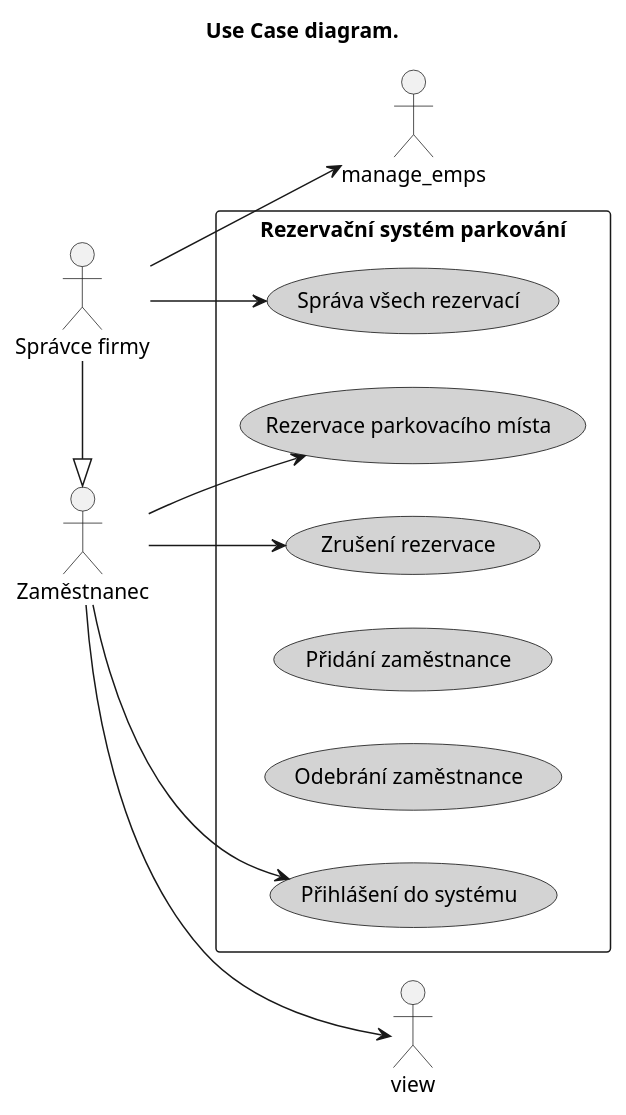
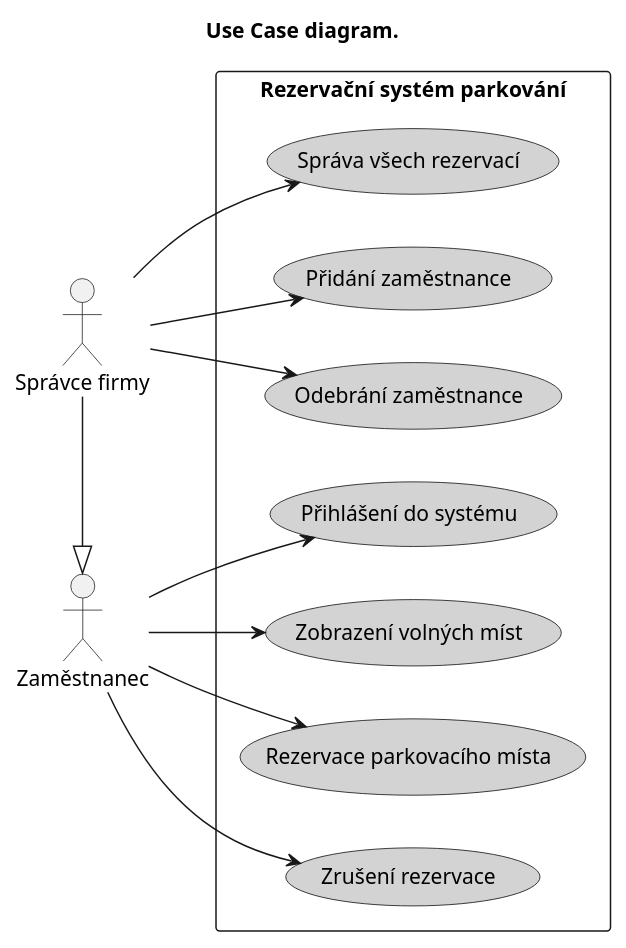
The diagram in docs/diagramy/use-case.puml (AidenCze/SWI-Project), drawn with PlantUML before and after one commit.

Commit message:
Update use case diagram for employee management

```diff
--- a/docs/diagramy/use-case.puml
+++ b/docs/diagramy/use-case.puml
@@ -1,46 +1,46 @@
 @startuml
 title Use Case diagram.
 
 left to right direction
 skinparam packageStyle rectangle
 
 ' Nastavení barev
 skinparam usecase {
     BackgroundColor LightGray
     BorderColor Black
 }
 
 actor "Zaměstnanec" as emp
 actor "Správce firmy" as admin
 
 ' Správce dědí práva od zaměstnance
 admin -|> emp
 
 rectangle "Rezervační systém parkování" {
     
     ' Společný Use Case
     usecase "Přihlášení do systému" as login
     
     ' Use Casy Zaměstnance
-  
+    usecase "Zobrazení volných míst" as view
     usecase "Rezervace parkovacího místa" as reserve
     usecase "Zrušení rezervace" as cancel
     
     ' Specifické Use Casy pouze pro Správce
     usecase "Přidání zaměstnance" as add_emp
     usecase "Odebrání zaměstnance" as delete_emp
     usecase "Správa všech rezervací" as manage_all_res
-    usecase "Odebrání zaměstnance" as delete_emp
 }
 
 ' Propojení aktéra Zaměstnanec
 emp --> login
 emp --> view
 emp --> reserve
 emp --> cancel
 
 ' Propojení aktéra Správce (zbytek dědí)
-admin --> manage_emps
+admin --> add_emp
+admin --> delete_emp
 admin --> manage_all_res
 
 @enduml
```
